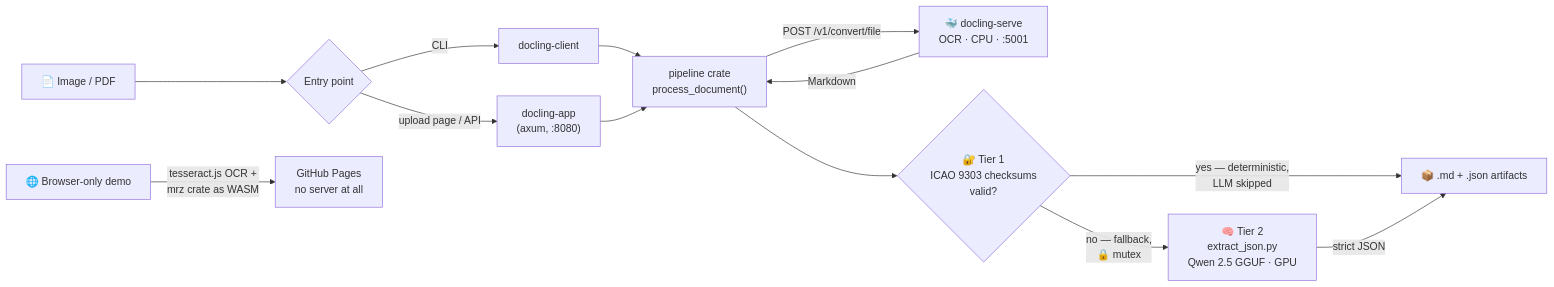
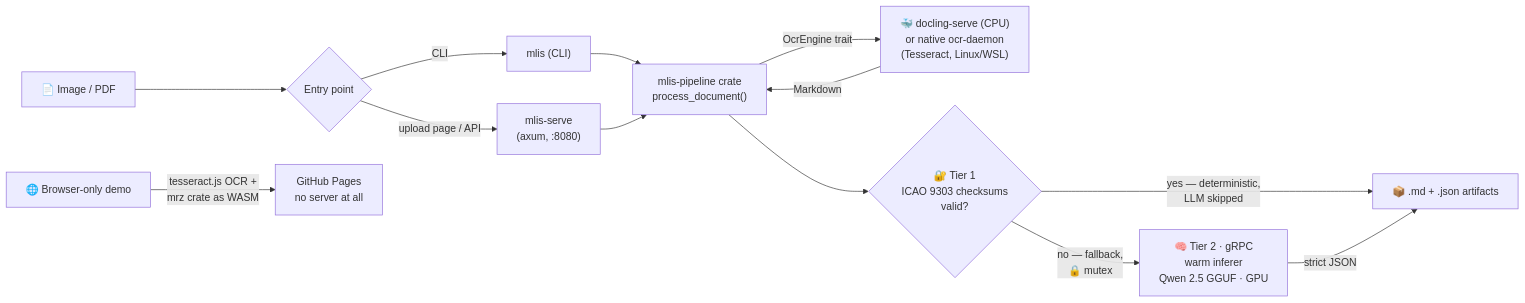
Before and after one commit to ruledicaprio/SynthPass: the diagram in README.md, drawn with Mermaid. The commit also changed other lines of this file and 64 other files, not shown here.

First line of the commit message:
v0.4.0: rebrand to multi-level-id-strip + gRPC/dual-OCR restructure + Tier 3

````diff
--- a/README.md
+++ b/README.md
@@ -28,16 +28,16 @@
 ```mermaid
 flowchart LR
     A[📄 Image / PDF] --> B{Entry point}
-    B -->|CLI| C[docling-client]
-    B -->|upload page / API| D["docling-app<br/>(axum, :8080)"]
-    C --> E["pipeline crate<br/>process_document()"]
+    B -->|CLI| C["mlis (CLI)"]
+    B -->|upload page / API| D["mlis-serve<br/>(axum, :8080)"]
+    C --> E["mlis-pipeline crate<br/>process_document()"]
     D --> E
-    E -->|"POST /v1/convert/file"| F["🐳 docling-serve<br/>OCR · CPU · :5001"]
+    E -->|"OcrEngine trait"| F["🐳 docling-serve (CPU)<br/>or native ocr-daemon<br/>(Tesseract, Linux/WSL)"]
     F -->|Markdown| E
     E --> T{"🔐 Tier 1<br/>ICAO 9303 checksums<br/>valid?"}
     T -->|"yes — deterministic,<br/>LLM skipped"| H[📦 .md + .json artifacts]
-    T -->|"no — fallback,<br/>🔒 mutex"| G["🧠 Tier 2<br/>extract_json.py<br/>Qwen 2.5 GGUF · GPU"]
+    T -->|"no — fallback,<br/>🔒 mutex"| G["🧠 Tier 2 · gRPC<br/>warm inferer<br/>Qwen 2.5 GGUF · GPU"]
     G -->|strict JSON| H
 
     A2[🌐 Browser-only demo] -->|"tesseract.js OCR +<br/>mrz crate as WASM"| W["GitHub Pages<br/>no server at all"]
 ```
````
